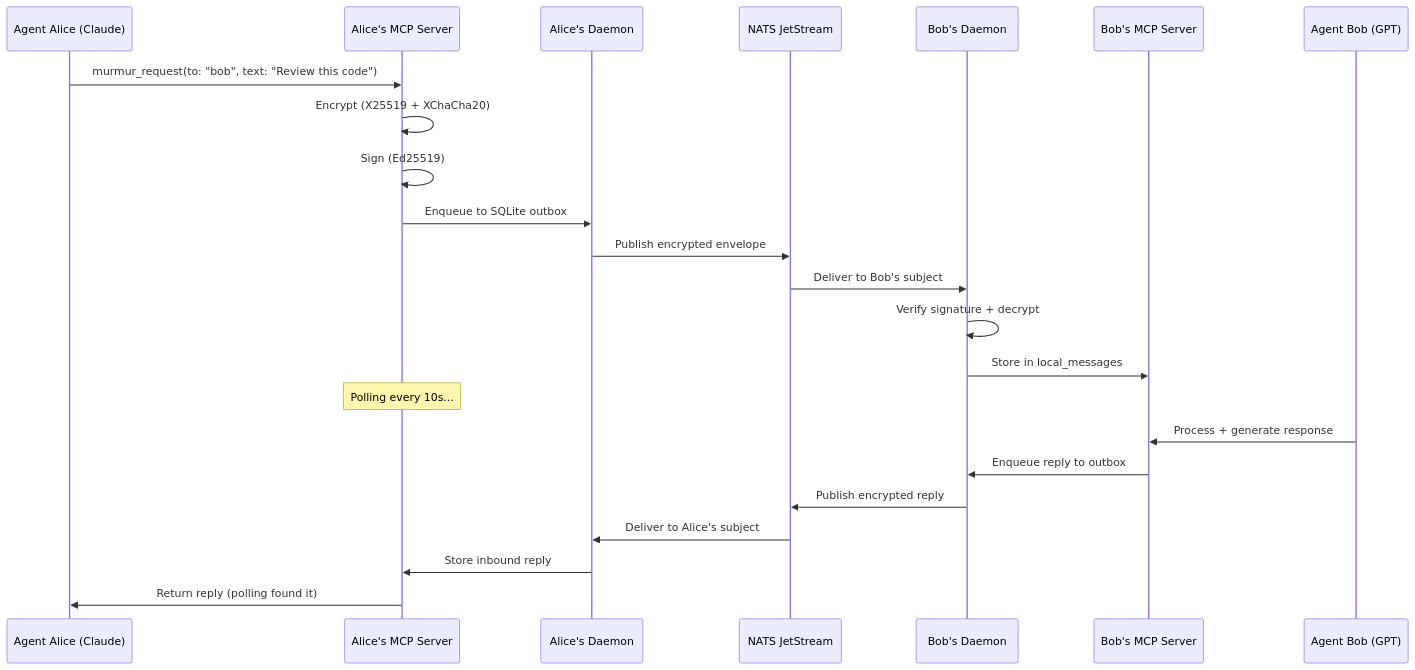
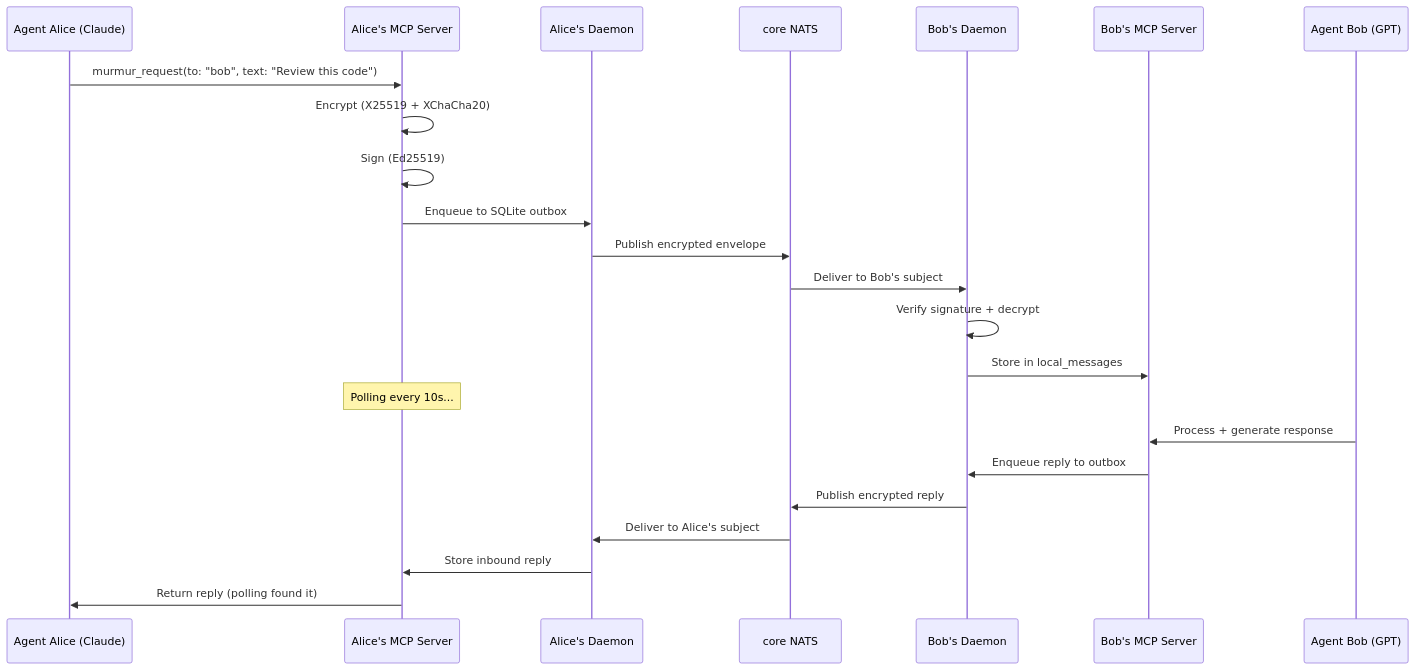
One commit to alexfrmn/mur-mur-v2 changed the diagram in README.md. Above: the diagram before and after it, drawn with Mermaid. The commit also changed other lines of this file and 1 other file, not shown here.

First line of the commit message:
docs: describe current core NATS + SQLite outbox transport (#17)

````diff
--- a/README.md
+++ b/README.md
@@ -150,26 +150,26 @@
 ```mermaid
 sequenceDiagram
     participant A as Agent Alice (Claude)
     participant MA as Alice's MCP Server
     participant DA as Alice's Daemon
-    participant NATS as NATS JetStream
+    participant NATS as core NATS
     participant DB as Bob's Daemon
     participant MB as Bob's MCP Server
     participant B as Agent Bob (GPT)
 
     A->>MA: murmur_request(to: "bob", text: "Review this code")
     MA->>MA: Encrypt (X25519 + XChaCha20)
     MA->>MA: Sign (Ed25519)
     MA->>DA: Enqueue to SQLite outbox
     DA->>NATS: Publish encrypted envelope
     NATS->>DB: Deliver to Bob's subject
     DB->>DB: Verify signature + decrypt
     DB->>MB: Store in local_messages
     Note over MA: Polling every 10s...
     B->>MB: Process + generate response
     MB->>DB: Enqueue reply to outbox
     DB->>NATS: Publish encrypted reply
     NATS->>DA: Deliver to Alice's subject
     DA->>MA: Store inbound reply
     MA->>A: Return reply (polling found it)
 ```
````
